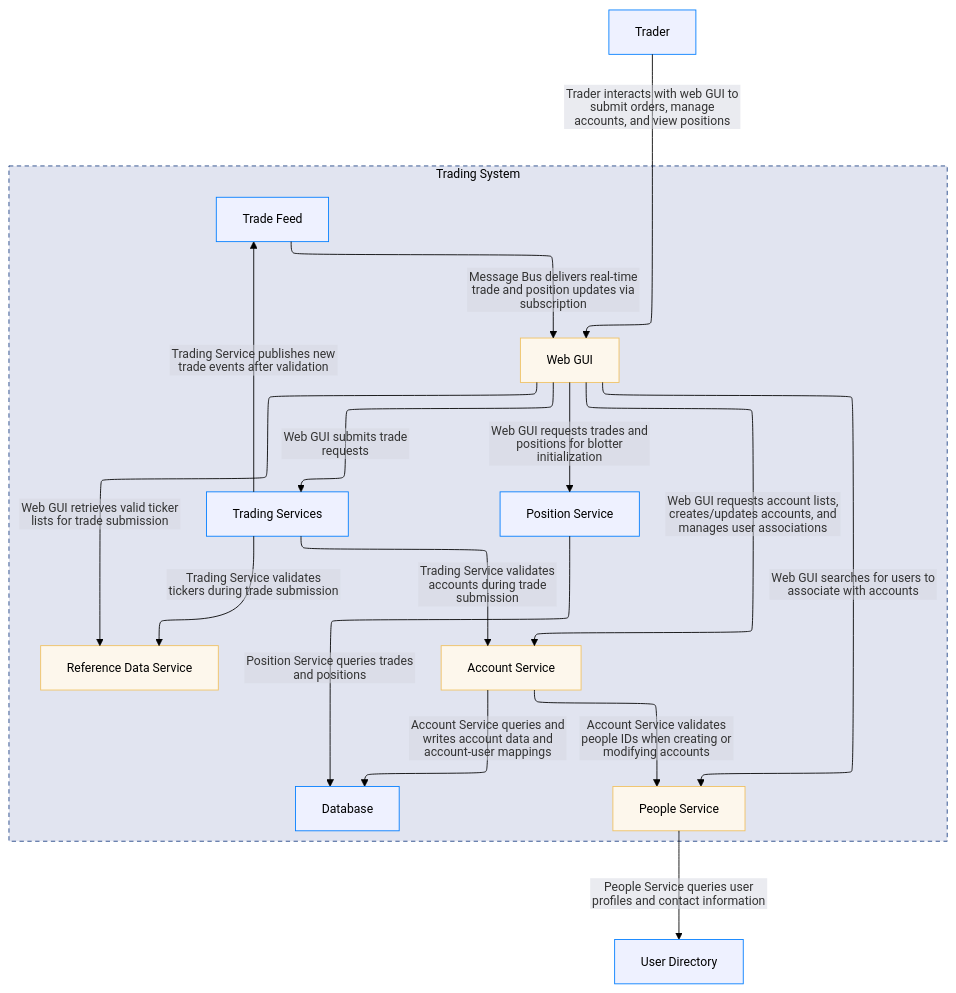
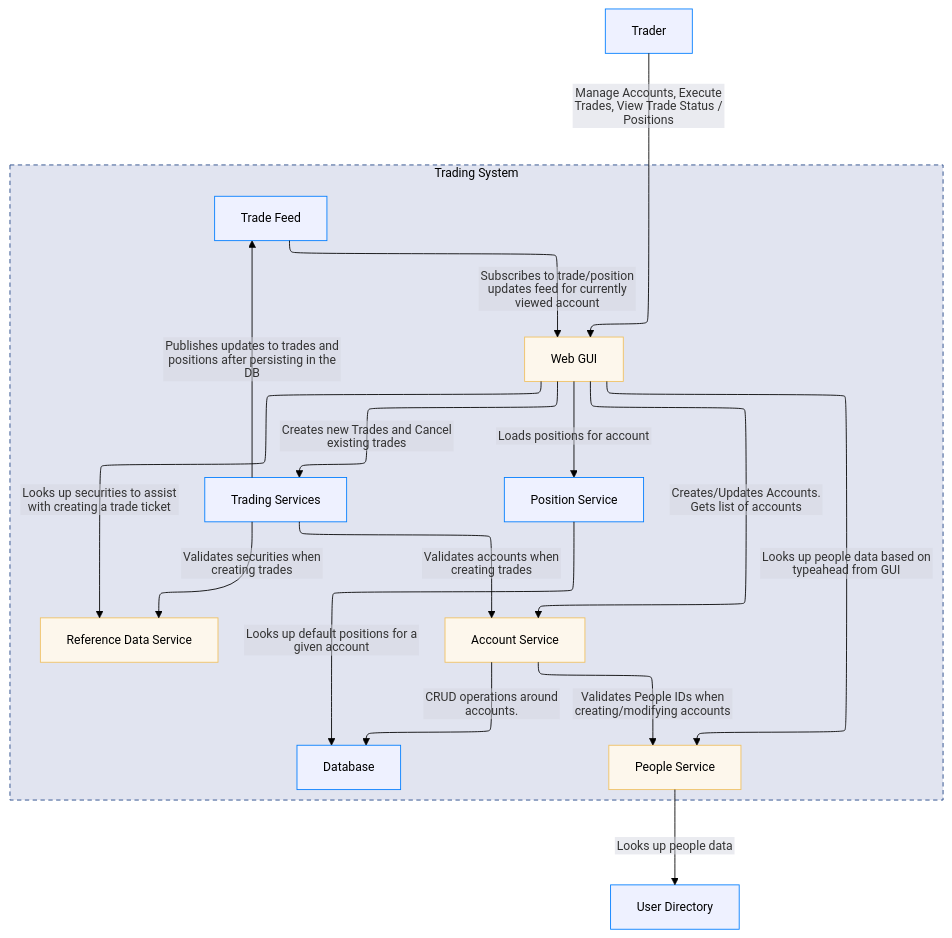
The third of 5 diagrams in docs/calm/trading-system-overview.md (finos/traderX), drawn with Mermaid before and after one commit. The commit also changed other lines of this file and 1 other file, not shown here.

````diff
--- a/docs/calm/trading-system-overview.md
+++ b/docs/calm/trading-system-overview.md
@@ -101,56 +101,56 @@
 ```mermaid
 ---
 config:
   theme: base
   themeVariables:
     fontFamily: -apple-system, BlinkMacSystemFont, 'Segoe WPC', 'Segoe UI', system-ui, 'Ubuntu', sans-serif
     darkMode: false
     fontSize: 14px
     edgeLabelBackground: '#d5d7e1'
     lineColor: '#000000'
 ---
 %%{init: {"layout": "elk", "flowchart": {"htmlLabels": false}}}%%
 flowchart TB
 classDef boundary fill:#e1e4f0,stroke:#204485,stroke-dasharray: 5 4,stroke-width:1px,color:#000000;
 classDef node fill:#eef1ff,stroke:#007dff,stroke-width:1px,color:#000000;
 classDef iface fill:#f0f0f0,stroke:#b6b6b6,stroke-width:1px,font-size:10px,color:#000000;
 classDef highlight fill:#fdf7ec,stroke:#f0c060,stroke-width:1px,color:#000000;
 
         subgraph trading-system["Trading System"]
         direction TB
             account-service["Account Service"]:::node
             database["Database"]:::node
             people-service["People Service"]:::node
             position-service["Position Service"]:::node
             reference-data-service["Reference Data Service"]:::node
             messagebus["Trade Feed"]:::node
             trading-services["Trading Services"]:::node
             web-gui["Web GUI"]:::node
         end
         class trading-system boundary
 
     trader["Trader"]:::node
     user-directory["User Directory"]:::node
 
-    trader -->|Trader interacts with web GUI to submit orders, manage accounts, and view positions| web-gui
-    web-gui -->|Web GUI requests account lists, creates/updates accounts, and manages user associations| account-service
-    web-gui -->|Web GUI requests trades and positions for blotter initialization| position-service
-    web-gui -->|Web GUI retrieves valid ticker lists for trade submission| reference-data-service
-    web-gui -->|Web GUI submits trade requests| trading-services
-    web-gui -->|Web GUI searches for users to associate with accounts| people-service
-    trading-services -->|Trading Service validates tickers during trade submission| reference-data-service
-    trading-services -->|Trading Service validates accounts during trade submission| account-service
-    people-service -->|People Service queries user profiles and contact information| user-directory
-    account-service -->|Account Service queries and writes account data and account-user mappings| database
-    account-service -->|Account Service validates people IDs when creating or modifying accounts| people-service
-    position-service -->|Position Service queries trades and positions| database
-    trading-services -->|Trading Service publishes new trade events after validation| messagebus
-    messagebus -->|Message Bus delivers real-time trade and position updates via subscription| web-gui
+    trader -->|Manage Accounts, Execute Trades, View Trade Status / Positions| web-gui
+    web-gui -->|Creates/Updates Accounts. Gets list of accounts| account-service
+    web-gui -->|Loads positions for account| position-service
+    web-gui -->|Looks up securities to assist with creating a trade ticket| reference-data-service
+    web-gui -->|Creates new Trades and Cancel existing trades| trading-services
+    web-gui -->|Looks up people data based on typeahead from GUI| people-service
+    trading-services -->|Validates securities when creating trades| reference-data-service
+    trading-services -->|Validates accounts when creating trades| account-service
+    people-service -->|Looks up people data| user-directory
+    account-service -->|CRUD operations around accounts.| database
+    account-service -->|Validates People IDs when creating/modifying accounts| people-service
+    position-service -->|Looks up default positions for a given account| database
+    trading-services -->|Publishes updates to trades and positions after persisting in the DB| messagebus
+    messagebus -->|Subscribes to trade/position updates feed for currently viewed account| web-gui
 
 
     class reference-data-service highlight
     class web-gui highlight
     class account-service highlight
     class people-service highlight
 
 ```
````
